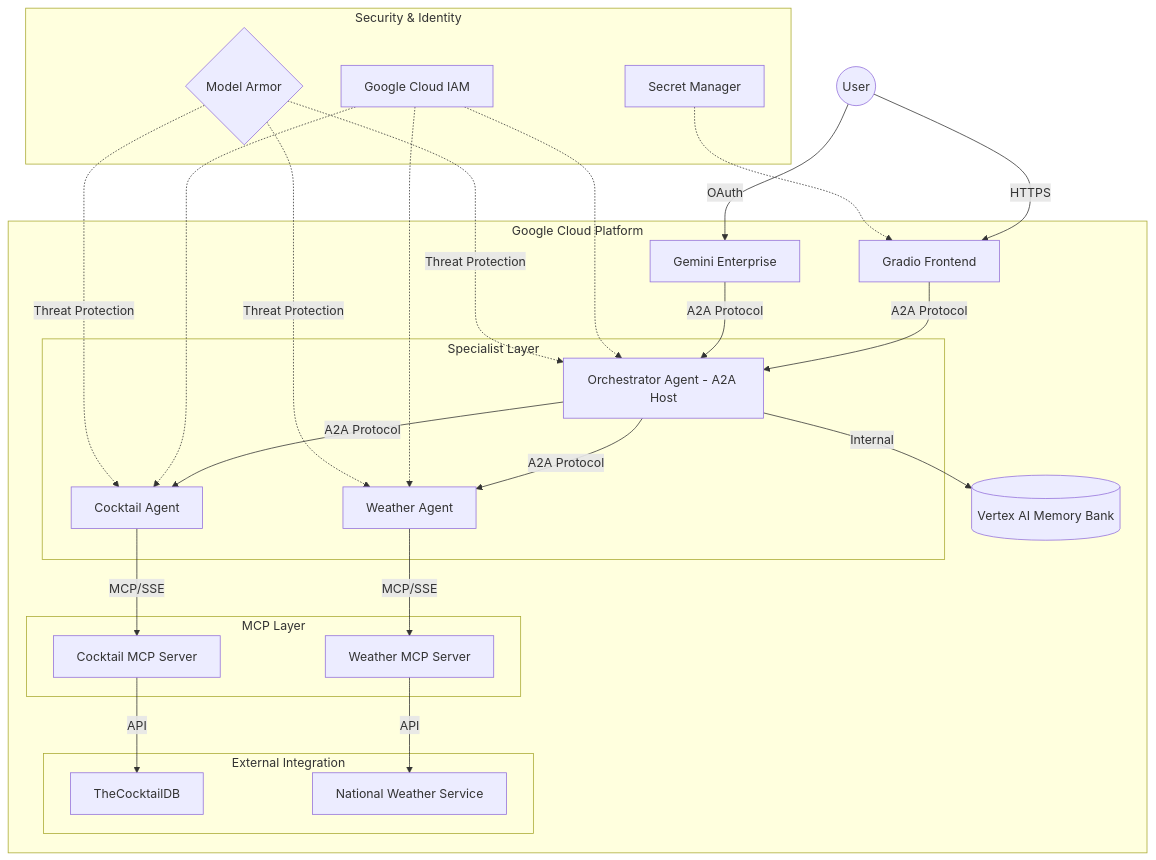
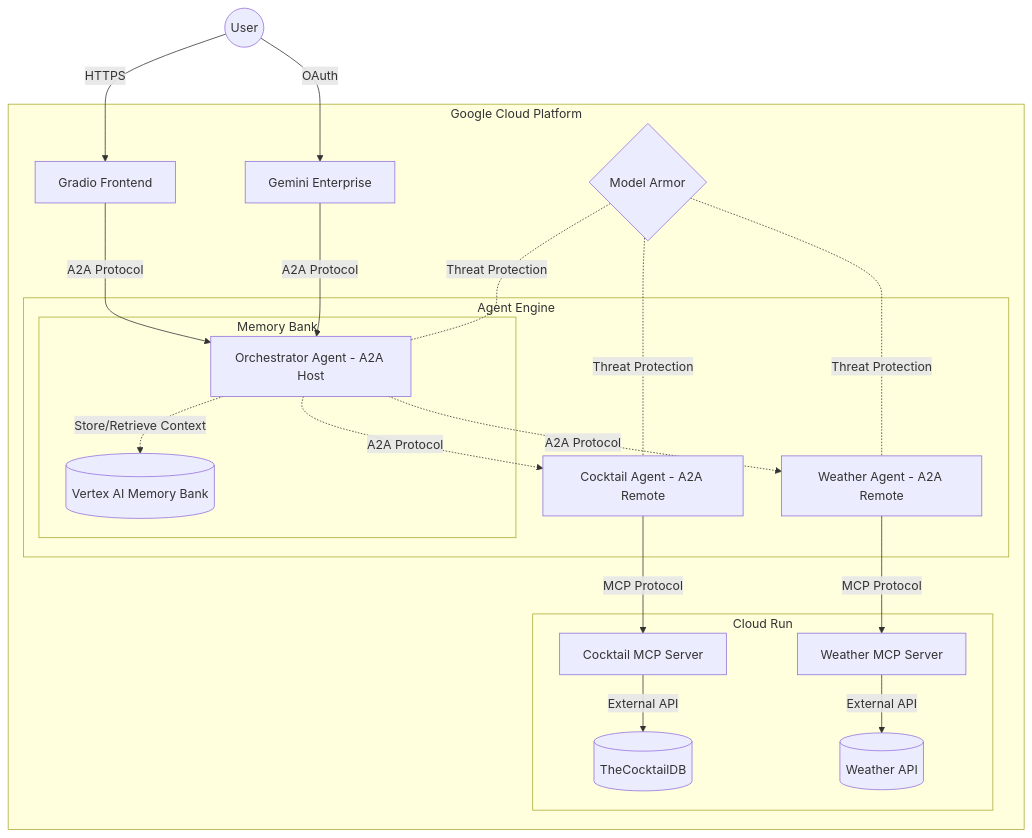
One commit to wadave/a2a-multiagent-adk-memory-cicd changed the diagram in README.md. Above: the diagram before and after it, drawn with Mermaid. The commit also changed other lines of this file and 3 other files, not shown here.

````diff
--- a/README.md
+++ b/README.md
@@ -25,37 +36,32 @@
 ```mermaid
 graph TD
     User((User)) -->|HTTPS| CustomUI[Gradio Frontend]
     User((User)) -->|OAuth| GeminiEnt[Gemini Enterprise]
-    
+
     subgraph "Google Cloud Platform"
         CustomUI -->|A2A Protocol| Orchestrator[Orchestrator Agent - A2A Host]
         GeminiEnt -->|A2A Protocol| Orchestrator
-        
-        Orchestrator -->|Internal| MemoryBank[(Vertex AI Memory Bank)]
-        
-        subgraph "Specialist Layer"
-            Orchestrator -->|A2A Protocol| Specialist1[Cocktail Agent]
-            Orchestrator -->|A2A Protocol| Specialist2[Weather Agent]
+
+        subgraph "Agent Engine"
+            Orchestrator -.->|A2A Protocol| Specialist1[Cocktail Agent - A2A Remote]
+            Orchestrator -.->|A2A Protocol| Specialist2[Weather Agent - A2A Remote]
+
+            subgraph "Memory Bank"
+                MB[(Vertex AI Memory Bank)]
+                Orchestrator -.->|Store/Retrieve Context| MB
+            end
         end
-        
-        subgraph "MCP Layer"
-            Specialist1 -->|MCP/SSE| MCPServer1[Cocktail MCP Server]
-            Specialist2 -->|MCP/SSE| MCPServer2[Weather MCP Server]
+
+        subgraph "Cloud Run"
+            Specialist1 -->|MCP Protocol| MCP1[Cocktail MCP Server]
+            Specialist2 -->|MCP Protocol| MCP2[Weather MCP Server]
+
+            MCP1 -->|External API| Ext1[(TheCocktailDB)]
+            MCP2 -->|External API| Ext2[(Weather API)]
         end
-        
-        subgraph "External Integration"
-            MCPServer1 -->|API| CocktailAPI[TheCocktailDB]
-            MCPServer2 -->|API| WeatherAPI[National Weather Service]
-        end
-    end
-    
-    subgraph "Security & Identity"
-        IAM[Google Cloud IAM] -.-> Orchestrator
-        IAM -.-> Specialist1
-        IAM -.-> Specialist2
-        SM[Secret Manager] -.-> CustomUI
-        MA{Model Armor} -.->|Threat Protection| Orchestrator
-        MA -.->|Threat Protection| Specialist1
-        MA -.->|Threat Protection| Specialist2
+
+        MA{Model Armor} -.-|Threat Protection| Orchestrator
+        MA -.-|Threat Protection| Specialist1
+        MA -.-|Threat Protection| Specialist2
     end
 ```
````
